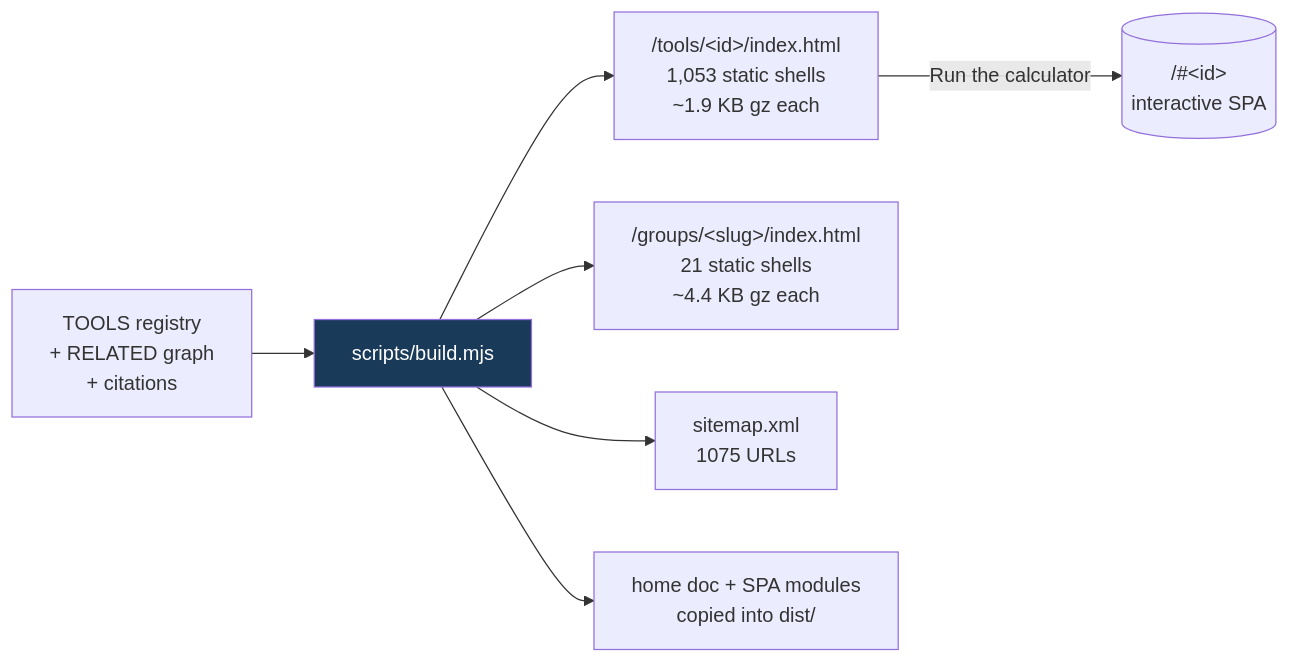
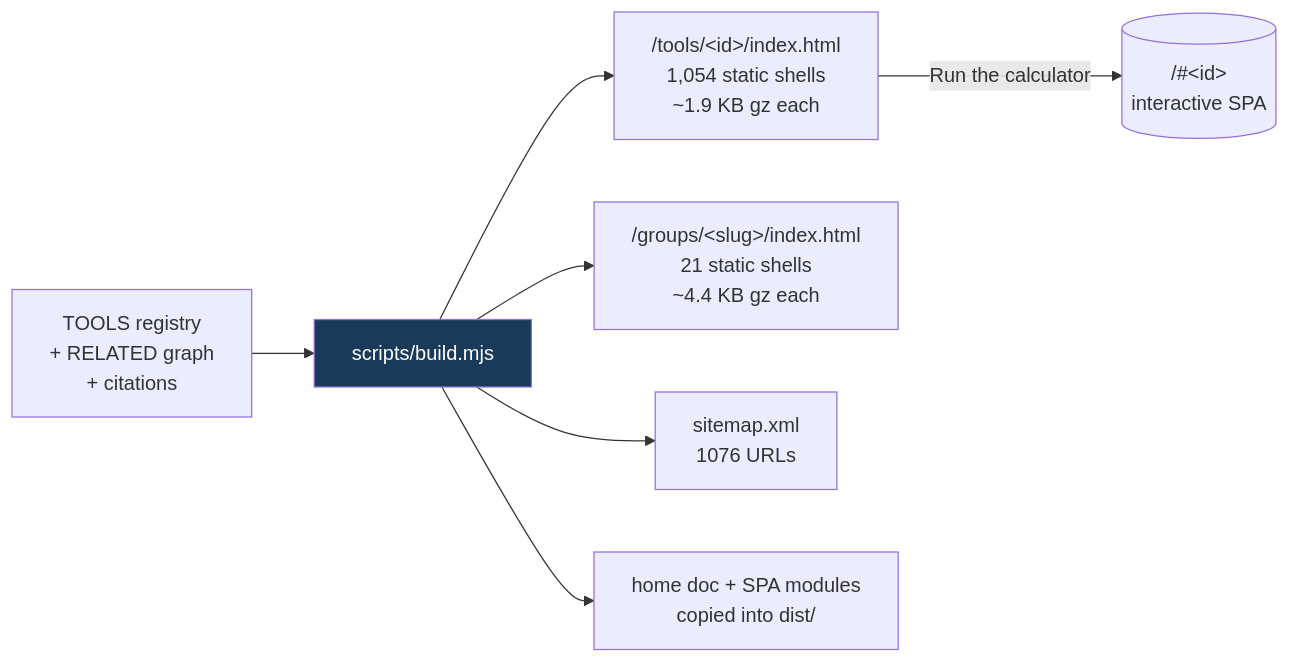
Before and after one commit to clay-good/roughlogic.com: the fifth of 8 diagrams in README.md, drawn with Mermaid. The commit also changed other lines of this file and 14 other files, not shown here.

````diff
--- a/README.md
+++ b/README.md
@@ -495,10 +495,10 @@
 ```mermaid
 flowchart LR
     SRC[TOOLS registry\n+ RELATED graph\n+ citations] --> BUILD[scripts/build.mjs]
-    BUILD --> TILE["/tools/&lt;id&gt;/index.html\n1,053 static shells\n~1.9 KB gz each"]
+    BUILD --> TILE["/tools/&lt;id&gt;/index.html\n1,054 static shells\n~1.9 KB gz each"]
     BUILD --> GROUP["/groups/&lt;slug&gt;/index.html\n21 static shells\n~4.4 KB gz each"]
-    BUILD --> MAP["sitemap.xml\n1075 URLs"]
+    BUILD --> MAP["sitemap.xml\n1076 URLs"]
     BUILD --> COPY[home doc + SPA modules\ncopied into dist/]
     TILE -->|Run the calculator| SPA[("/#&lt;id&gt;\ninteractive SPA")]
     style BUILD fill:#1a3a5a,color:#fff
 ```
````
